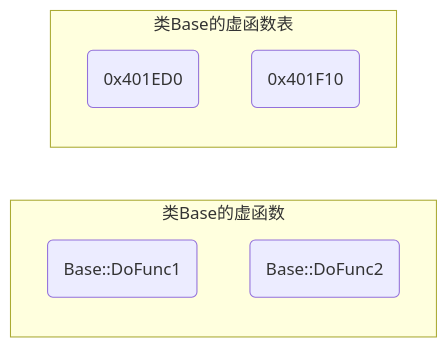
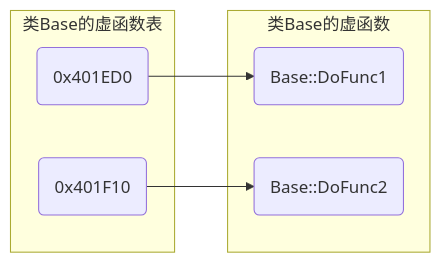
One commit to dmjcb/dmjcb.github.io changed the first of 2 diagrams in _posts/Language/C&C++/C++/OOP/多态/2024-09-10-虚函数.md. Above: the diagram before and after it, drawn with Mermaid. The commit also changed other lines of this file and 122 other files, not shown here.

Commit message:
修复图形显示BUG

````diff
--- a/_posts/Language/C&C++/C++/OOP/多态/2024-09-10-虚函数.md
+++ b/_posts/Language/C&C++/C++/OOP/多态/2024-09-10-虚函数.md
@@ -83,13 +83,15 @@
 ```mermaid
 graph LR
     subgraph 类Base的虚函数
         A(Base::DoFunc1) 
         B(Base::DoFunc2)
     end
 
     subgraph 类Base的虚函数表
         C(0x401ED0)
         D(0x401F10)
 
+        C-->A
+        D-->B
     end
 ```
````
